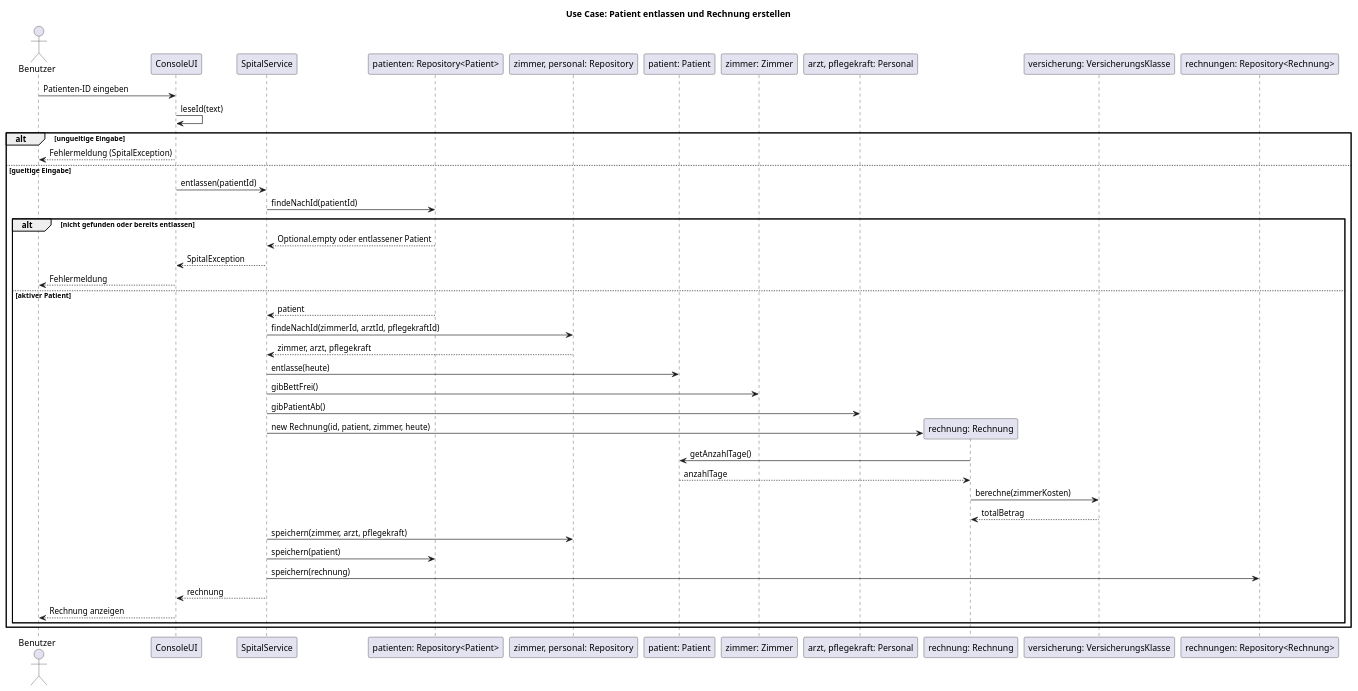
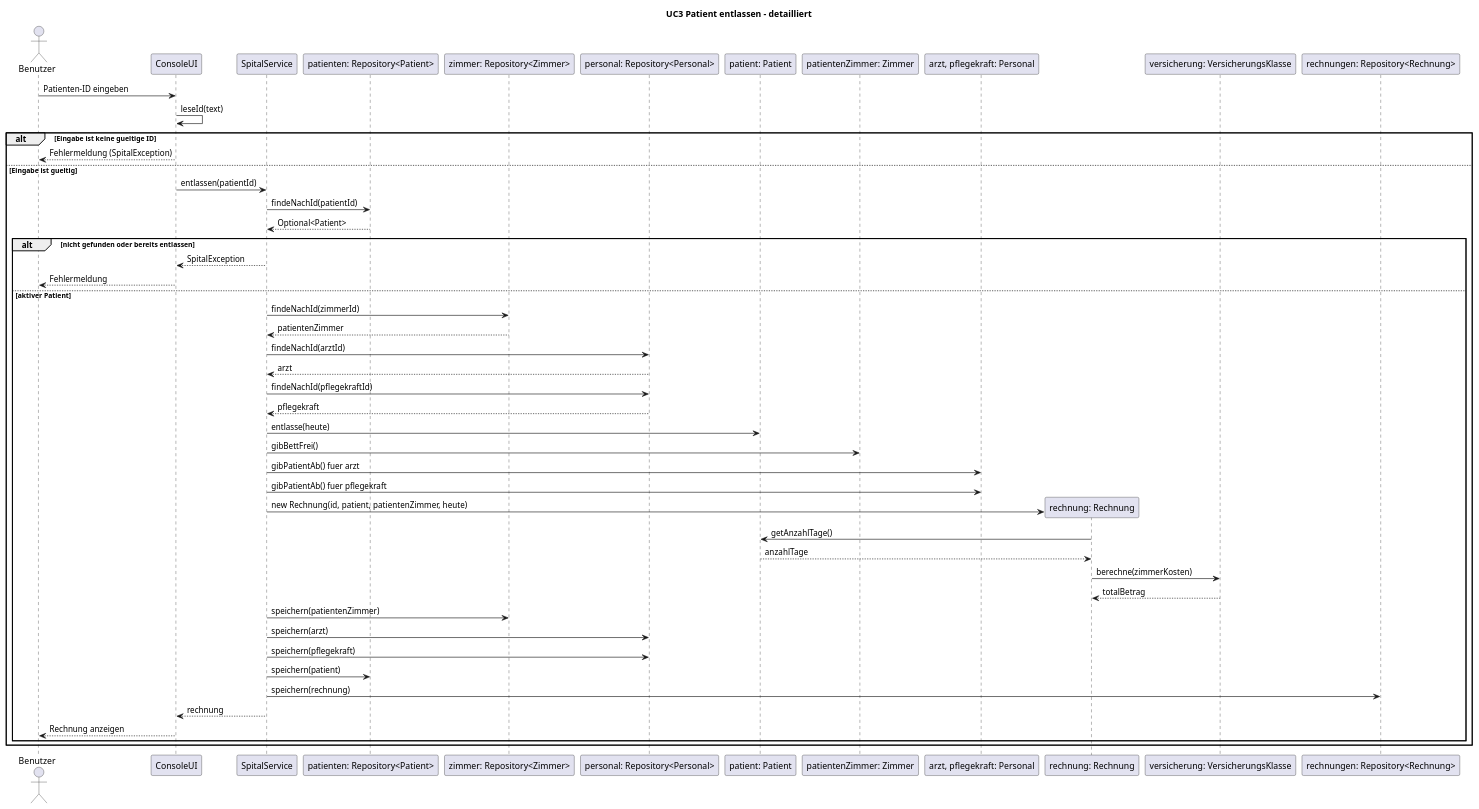
Before and after one commit to Chime456/M320_OOP: the fifth of 5 diagrams in M4_Spital/Kompetenznachweis.md, drawn with PlantUML. The commit also changed other lines of this file, not shown here.

Commit message:
M4: Kompetenznachweis neu geschrieben und getestete Use Cases dokumentiert

````diff
--- a/M4_Spital/Kompetenznachweis.md
+++ b/M4_Spital/Kompetenznachweis.md
@@ -387,50 +377,60 @@
 ```plantuml
 @startuml
-title Use Case: Patient entlassen und Rechnung erstellen
+title UC3 Patient entlassen - detailliert
 
 actor Benutzer
 participant ConsoleUI
 participant SpitalService
 participant "patienten: Repository<Patient>" as Patienten
-participant "zimmer, personal: Repository" as Stammdaten
+participant "zimmer: Repository<Zimmer>" as ZimmerRepo
+participant "personal: Repository<Personal>" as PersonalRepo
 participant "patient: Patient" as Patient
-participant "zimmer: Zimmer" as Zimmer
+participant "patientenZimmer: Zimmer" as Zimmer
 participant "arzt, pflegekraft: Personal" as Personal
 participant "rechnung: Rechnung" as Rechnung
 participant "versicherung: VersicherungsKlasse" as Versicherung
 participant "rechnungen: Repository<Rechnung>" as Rechnungen
 
 Benutzer -> ConsoleUI : Patienten-ID eingeben
 ConsoleUI -> ConsoleUI : leseId(text)
 
-alt ungueltige Eingabe
+alt Eingabe ist keine gueltige ID
   ConsoleUI --> Benutzer : Fehlermeldung (SpitalException)
-else gueltige Eingabe
+else Eingabe ist gueltig
   ConsoleUI -> SpitalService : entlassen(patientId)
   SpitalService -> Patienten : findeNachId(patientId)
+  Patienten --> SpitalService : Optional<Patient>
 
   alt nicht gefunden oder bereits entlassen
-    Patienten --> SpitalService : Optional.empty oder entlassener Patient
     SpitalService --> ConsoleUI : SpitalException
     ConsoleUI --> Benutzer : Fehlermeldung
   else aktiver Patient
-    Patienten --> SpitalService : patient
-    SpitalService -> Stammdaten : findeNachId(zimmerId, arztId, pflegekraftId)
-    Stammdaten --> SpitalService : zimmer, arzt, pflegekraft
+    SpitalService -> ZimmerRepo : findeNachId(zimmerId)
+    ZimmerRepo --> SpitalService : patientenZimmer
+    SpitalService -> PersonalRepo : findeNachId(arztId)
+    PersonalRepo --> SpitalService : arzt
+    SpitalService -> PersonalRepo : findeNachId(pflegekraftId)
+    PersonalRepo --> SpitalService : pflegekraft
+
     SpitalService -> Patient : entlasse(heute)
     SpitalService -> Zimmer : gibBettFrei()
-    SpitalService -> Personal : gibPatientAb()
-    SpitalService -> Rechnung ** : new Rechnung(id, patient, zimmer, heute)
+    SpitalService -> Personal : gibPatientAb() fuer arzt
+    SpitalService -> Personal : gibPatientAb() fuer pflegekraft
+
+    SpitalService -> Rechnung ** : new Rechnung(id, patient, patientenZimmer, heute)
     Rechnung -> Patient : getAnzahlTage()
     Patient --> Rechnung : anzahlTage
     Rechnung -> Versicherung : berechne(zimmerKosten)
     Versicherung --> Rechnung : totalBetrag
-    SpitalService -> Stammdaten : speichern(zimmer, arzt, pflegekraft)
+
+    SpitalService -> ZimmerRepo : speichern(patientenZimmer)
+    SpitalService -> PersonalRepo : speichern(arzt)
+    SpitalService -> PersonalRepo : speichern(pflegekraft)
     SpitalService -> Patienten : speichern(patient)
     SpitalService -> Rechnungen : speichern(rechnung)
     SpitalService --> ConsoleUI : rechnung
     ConsoleUI --> Benutzer : Rechnung anzeigen
   end
 end
 @enduml
 ```
````
